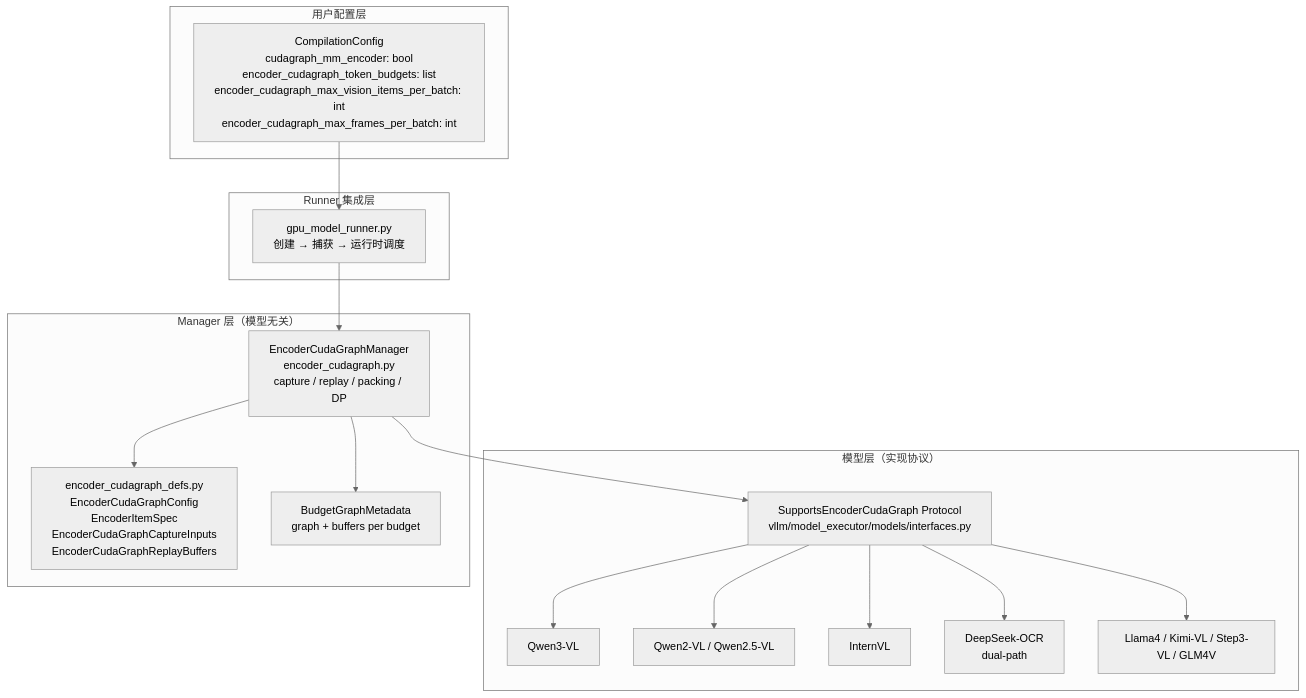
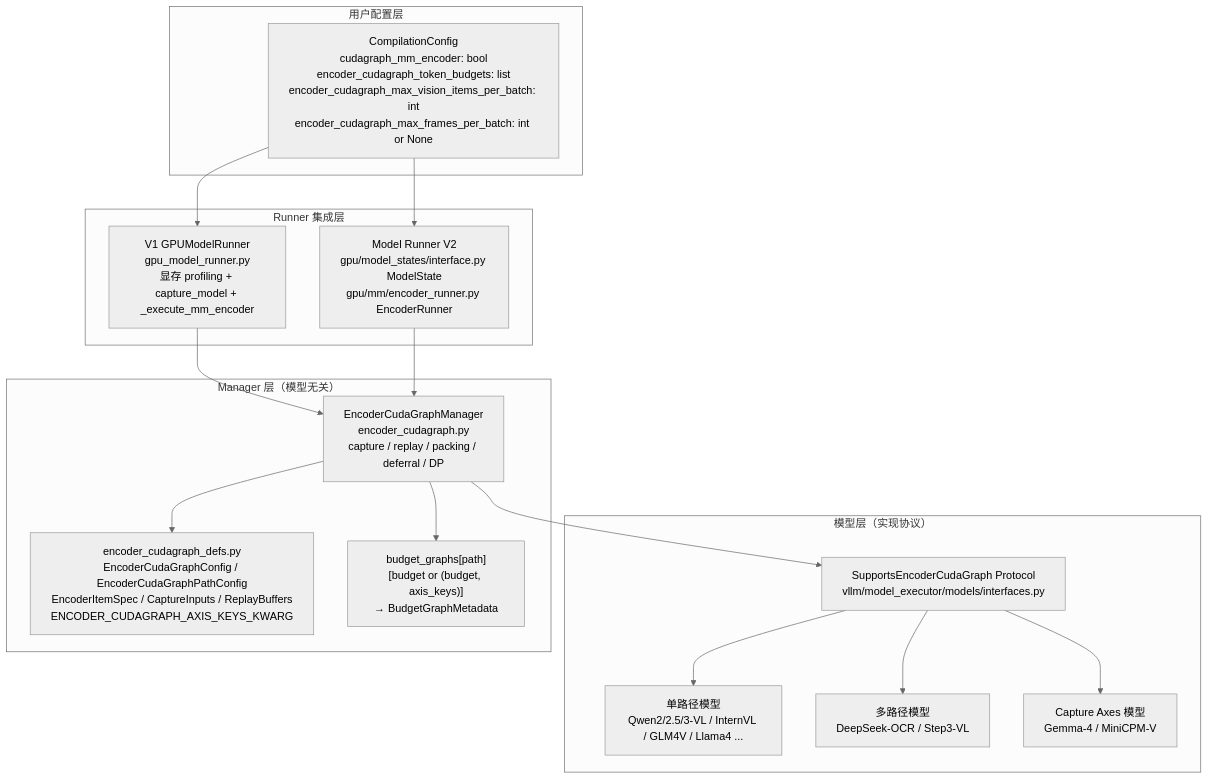
Before and after one commit to shen-shanshan/vllm-dev-skills: the second of 9 diagrams in skills/vllm-feature-tutorial/outputs/vit_full_cuda_graph.md, drawn with Mermaid (neutral theme). The commit also changed other lines of this file, not shown here.

Commit message:
Update vit cuda graph doc

````diff
--- a/skills/vllm-feature-tutorial/outputs/vit_full_cuda_graph.md
+++ b/skills/vllm-feature-tutorial/outputs/vit_full_cuda_graph.md
@@ -109,32 +132,32 @@
 ```mermaid
 flowchart TB
     subgraph UserConfig["用户配置层"]
-        CC[CompilationConfig<br/>cudagraph_mm_encoder: bool<br/>encoder_cudagraph_token_budgets: list<br/>encoder_cudagraph_max_vision_items_per_batch: int<br/>encoder_cudagraph_max_frames_per_batch: int]
+        CC[CompilationConfig<br/>cudagraph_mm_encoder: bool<br/>encoder_cudagraph_token_budgets: list<br/>encoder_cudagraph_max_vision_items_per_batch: int<br/>encoder_cudagraph_max_frames_per_batch: int or None]
     end
 
     subgraph ModelLayer["模型层（实现协议）"]
         IF[SupportsEncoderCudaGraph Protocol<br/>vllm/model_executor/models/interfaces.py]
-        Q3[Qwen3-VL]
-        Q2[Qwen2-VL / Qwen2.5-VL]
-        IV[InternVL]
-        DS[DeepSeek-OCR<br/>dual-path]
-        LO[Llama4 / Kimi-VL / Step3-VL / GLM4V]
+        SP[单路径模型<br/>Qwen2/2.5/3-VL / InternVL / GLM4V / Llama4 ...]
+        MP[多路径模型<br/>DeepSeek-OCR / Step3-VL]
+        AX[Capture Axes 模型<br/>Gemma-4 / MiniCPM-V]
     end
 
     subgraph ManagerLayer["Manager 层（模型无关）"]
-        DEF[encoder_cudagraph_defs.py<br/>EncoderCudaGraphConfig<br/>EncoderItemSpec<br/>EncoderCudaGraphCaptureInputs<br/>EncoderCudaGraphReplayBuffers]
-        MGR[EncoderCudaGraphManager<br/>encoder_cudagraph.py<br/>capture / replay / packing / DP]
-        BGM[BudgetGraphMetadata<br/>graph + buffers per budget]
+        DEF[encoder_cudagraph_defs.py<br/>EncoderCudaGraphConfig / EncoderCudaGraphPathConfig<br/>EncoderItemSpec / CaptureInputs / ReplayBuffers<br/>ENCODER_CUDAGRAPH_AXIS_KEYS_KWARG]
+        MGR[EncoderCudaGraphManager<br/>encoder_cudagraph.py<br/>capture / replay / packing / deferral / DP]
+        BGM["budget_graphs[path][budget or (budget, axis_keys)]<br/>→ BudgetGraphMetadata"]
     end
 
     subgraph RunnerLayer["Runner 集成层"]
-        GMR[gpu_model_runner.py<br/>创建 → 捕获 → 运行时调度]
+        GMR[V1 GPUModelRunner<br/>gpu_model_runner.py<br/>显存 profiling + capture_model + _execute_mm_encoder]
+        MRV2[Model Runner V2<br/>gpu/model_states/interface.py ModelState<br/>gpu/mm/encoder_runner.py EncoderRunner]
     end
 
-    CC --> GMR
+    CC --> GMR & MRV2
     GMR --> MGR
+    MRV2 --> MGR
     MGR --> DEF
     MGR --> IF
-    IF --> Q3 & Q2 & IV & DS & LO
+    IF --> SP & MP & AX
     MGR --> BGM
 ```
````
